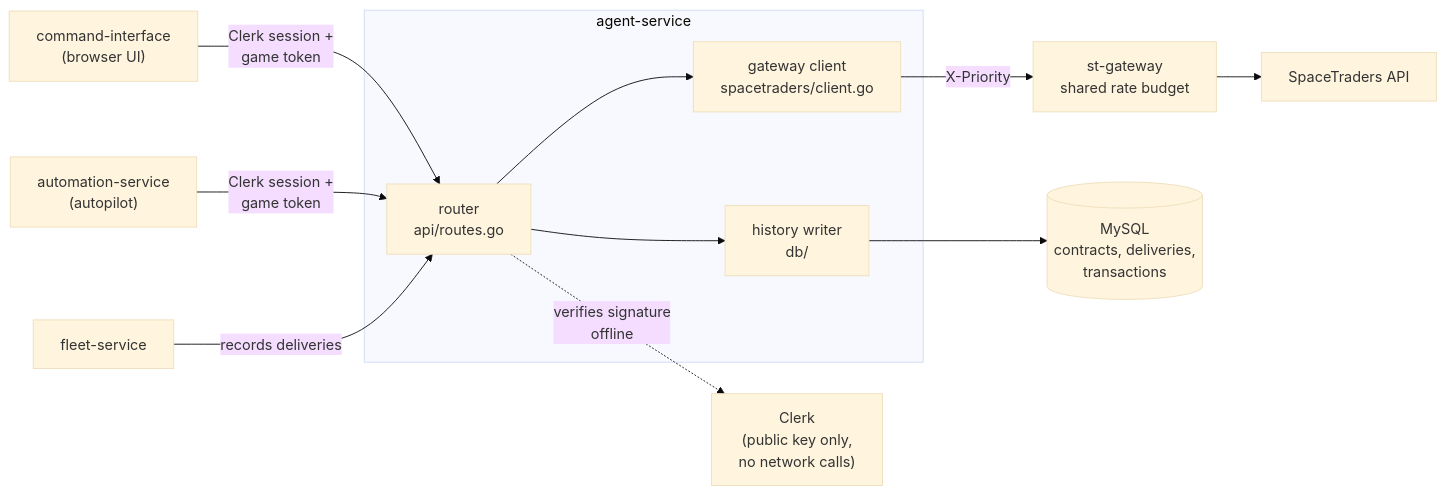
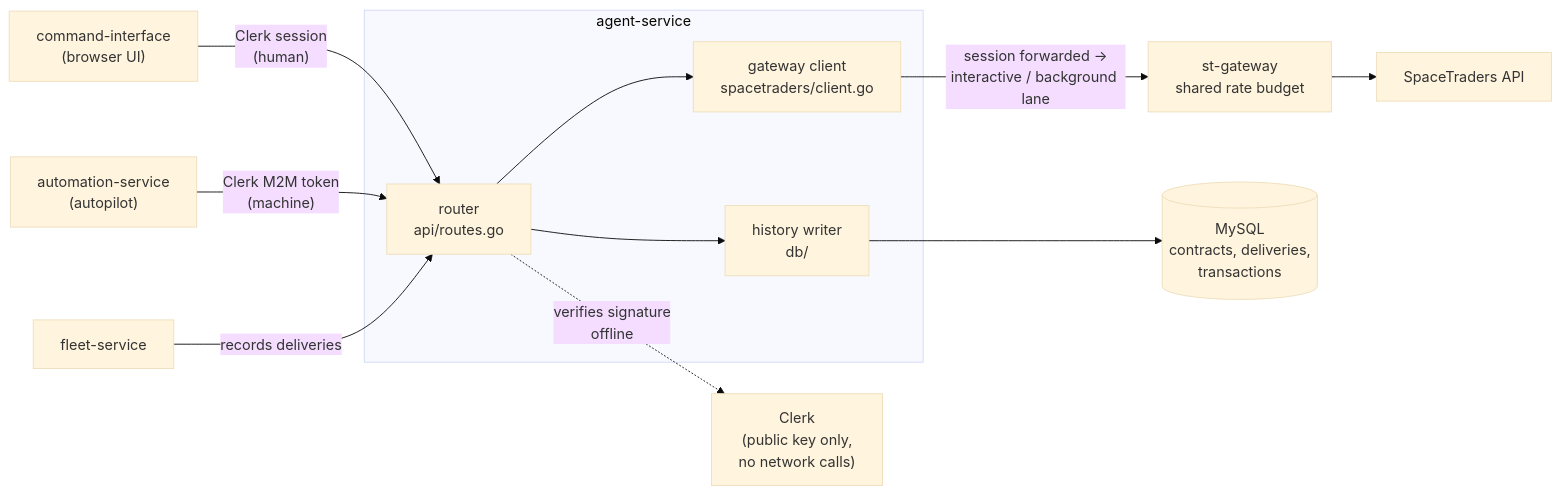
Before and after one commit to V-M-Pioneer-Trading/agent-service: the first of 3 diagrams in README.md, drawn with Mermaid (base theme). The commit also changed other lines of this file and 11 other files, not shown here.

````diff
--- a/README.md
+++ b/README.md
@@ -24,28 +19,28 @@
 ```mermaid
 flowchart LR
     browser["command-interface<br/>(browser UI)"]
     autopilot["automation-service<br/>(autopilot)"]
     fleet["fleet-service"]
 
     subgraph this["agent-service"]
         router["router<br/>api/routes.go"]
         client["gateway client<br/>spacetraders/client.go"]
         store["history writer<br/>db/"]
     end
 
     gateway["st-gateway<br/>shared rate budget"]
     st["SpaceTraders API"]
     mysql[("MySQL<br/>contracts, deliveries,<br/>transactions")]
     clerk["Clerk<br/>(public key only,<br/>no network calls)"]
 
-    browser -->|"Clerk session +<br/>game token"| router
-    autopilot -->|"Clerk session +<br/>game token"| router
+    browser -->|"Clerk session<br/>(human)"| router
+    autopilot -->|"Clerk M2M token<br/>(machine)"| router
     fleet -->|"records deliveries"| router
 
     router -.->|"verifies signature<br/>offline"| clerk
     router --> client
     router --> store
-    client -->|"X-Priority"| gateway
+    client -->|"session forwarded →<br/>interactive / background lane"| gateway
     gateway --> st
     store --> mysql
 ```
````
